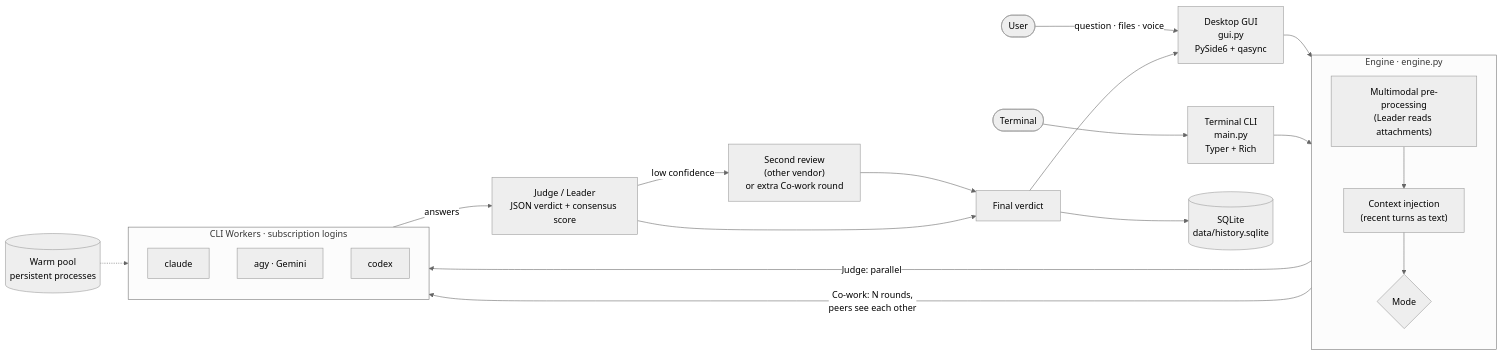
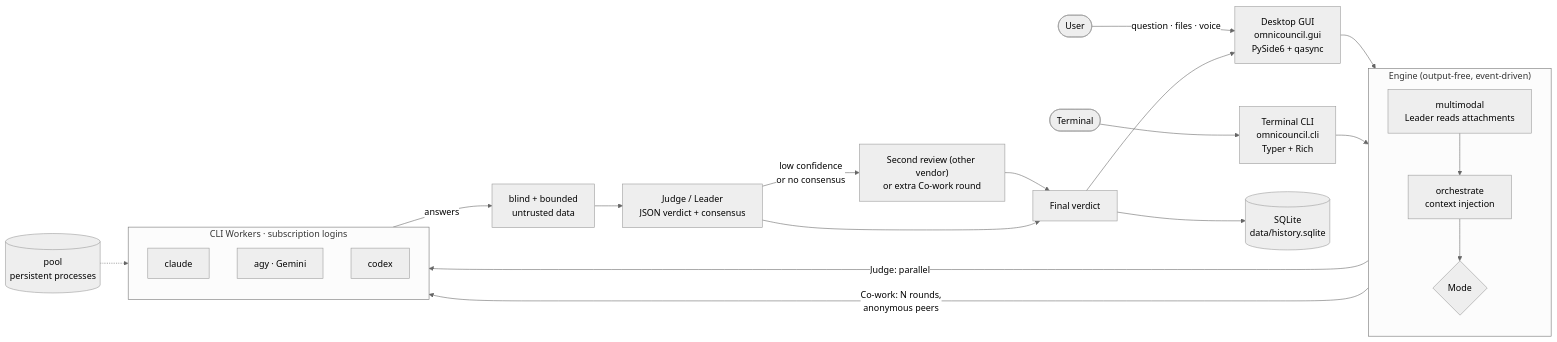
The diagram in README.md (OmniCouncil/OmniCouncil), drawn with Mermaid (neutral theme) before and after one commit. The commit also changed other lines of this file and 6 other files, not shown here.

````diff
--- a/README.md
+++ b/README.md
@@ -46,34 +76,35 @@
 ```mermaid
 flowchart LR
-    U([User]) -->|question · files · voice| GUI["Desktop GUI<br/>gui.py<br/>PySide6 + qasync"]
-    T([Terminal]) --> TCLI["Terminal CLI<br/>main.py<br/>Typer + Rich"]
+    U([User]) -->|question · files · voice| GUI["Desktop GUI<br/>omnicouncil.gui<br/>PySide6 + qasync"]
+    T([Terminal]) --> TCLI["Terminal CLI<br/>omnicouncil.cli<br/>Typer + Rich"]
 
     GUI --> E
     TCLI --> E
 
-    subgraph E["Engine · engine.py"]
+    subgraph E["Engine (output-free, event-driven)"]
         direction TB
-        PRE["Multimodal pre-processing<br/>(Leader reads attachments)"]
-        CTX["Context injection<br/>(recent turns as text)"]
+        PRE["multimodal<br/>Leader reads attachments"]
+        CTX["orchestrate<br/>context injection"]
         ORC{"Mode"}
         PRE --> CTX --> ORC
     end
 
     ORC -->|Judge: parallel| W
-    ORC -->|Co-work: N rounds,<br/>peers see each other| W
+    ORC -->|Co-work: N rounds,<br/>anonymous peers| W
 
     subgraph W["CLI Workers · subscription logins"]
         direction TB
         W1["claude"]
         W2["agy · Gemini"]
         W3["codex"]
     end
 
-    POOL[("Warm pool<br/>persistent processes")] -.-> W1
-    W -->|answers| J["Judge / Leader<br/>JSON verdict + consensus score"]
-    J -->|low confidence| R["Second review<br/>(other vendor)<br/>or extra Co-work round"]
+    POOL[("pool<br/>persistent processes")] -.-> W1
+    W -->|answers| BL["blind + bounded<br/>untrusted data"]
+    BL --> J["Judge / Leader<br/>JSON verdict + consensus"]
+    J -->|low confidence<br/>or no consensus| R["Second review (other vendor)<br/>or extra Co-work round"]
     R --> V
     J --> V["Final verdict"]
     V --> GUI
     V --> DB[("SQLite<br/>data/history.sqlite")]
 ```
````
